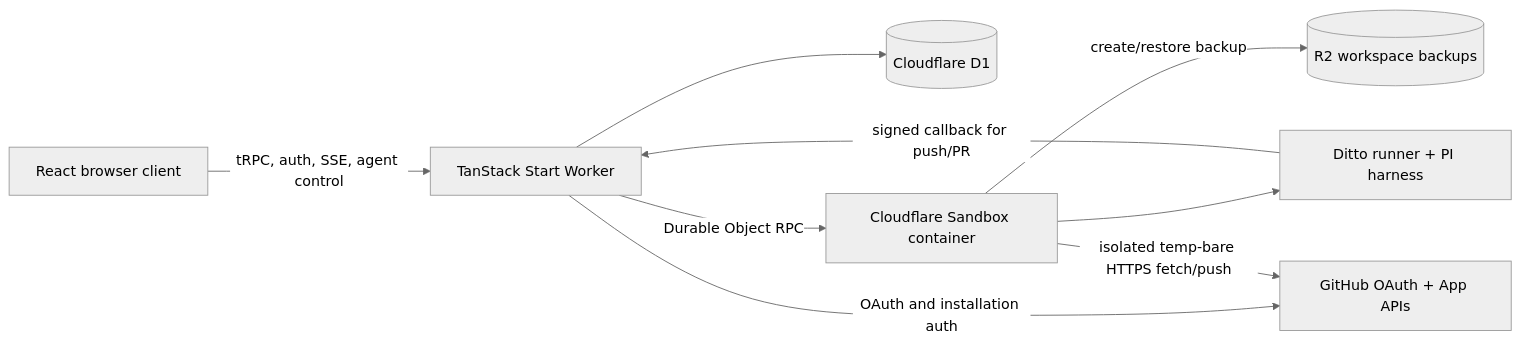
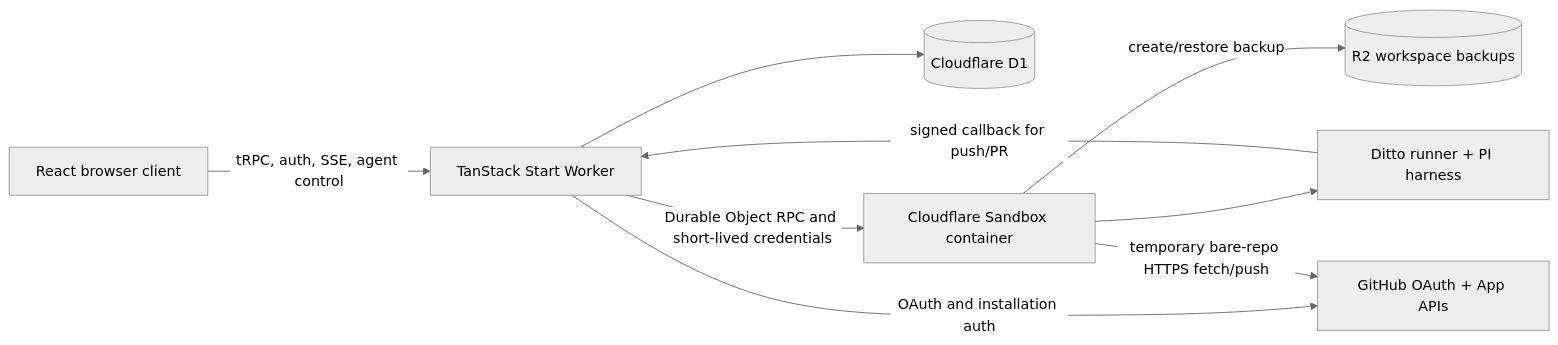
Before and after one commit to metaloozee/ditto: the diagram in docs/architecture/overview.md, drawn with Mermaid (neutral theme). The commit also changed other lines of this file and 19 other files, not shown here.

First line of the commit message:
chore(docs): consolidate architecture and agent guidance

````diff
--- a/docs/architecture/overview.md
+++ b/docs/architecture/overview.md
@@ -17,19 +17,19 @@
 ```mermaid
 flowchart LR
   Browser[React browser client]
   Worker[TanStack Start Worker]
   D1[(Cloudflare D1)]
   Sandbox[Cloudflare Sandbox container]
   Runner[Ditto runner + PI harness]
   R2[(R2 workspace backups)]
   GitHub[GitHub OAuth + App APIs]
 
   Browser -->|tRPC, auth, SSE, agent control| Worker
   Worker --> D1
-  Worker -->|Durable Object RPC| Sandbox
+  Worker -->|Durable Object RPC and short-lived credentials| Sandbox
   Sandbox --> Runner
   Sandbox -->|create/restore backup| R2
   Worker -->|OAuth and installation auth| GitHub
-  Sandbox -->|isolated temp-bare HTTPS fetch/push| GitHub
+  Sandbox -->|temporary bare-repo HTTPS fetch/push| GitHub
   Runner -->|signed callback for push/PR| Worker
 ```
````
